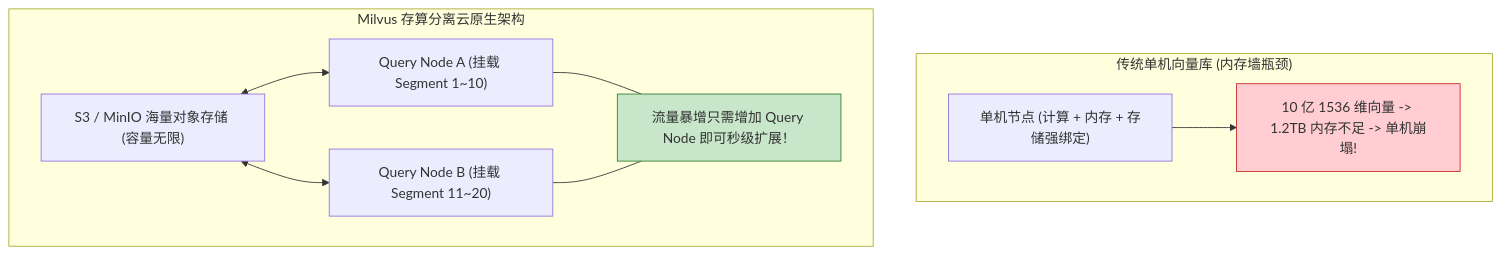
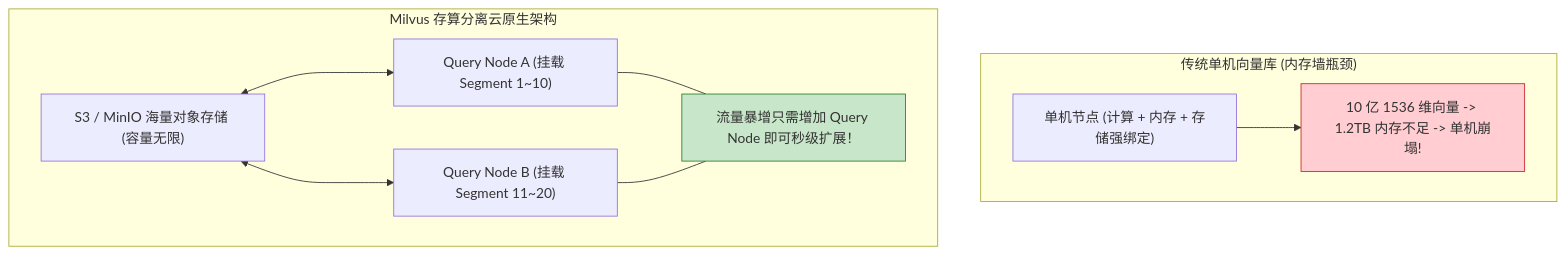
One commit to koosai/AI-Architect-Learning changed the fifth of 6 diagrams in docs/atlas/milvus.mdx. Above: the diagram before and after it, drawn with Mermaid. The commit also changed other lines of this file and 68 other files, not shown here.

Commit message:
fix(atlas): fix browser client-side Mermaid rendering for mindmaps and flowcharts across 67 case studies

````diff
--- a/docs/atlas/milvus.mdx
+++ b/docs/atlas/milvus.mdx
@@ -166,20 +166,20 @@
 ```mermaid
 graph TB
   subgraph MonolithicVectorDB["传统单机向量库 (内存墙瓶颈)"]
     SingleNode["单机节点 (计算 + 内存 + 存储强绑定)"]
     MemoryCrash["10 亿 1536 维向量 -> 1.2TB 内存不足 -> 单机崩塌!"]
     
     SingleNode --> MemoryCrash
     style MemoryCrash fill:#ffcdd2,stroke:#c62828
   end
 
   subgraph MilvusDisaggregated["Milvus 存算分离云原生架构"]
     S3Storage["S3 / MinIO 海量对象存储 (容量无限)"]
     QueryNodeA["Query Node A (挂载 Segment 1~10)"]
     QueryNodeB["Query Node B (挂载 Segment 11~20)"]
     InfiniteScale["流量暴增只需增加 Query Node 即可秒级扩展！"]
     
-    S3Storage <--> QueryNodeA & QueryNodeB --- InfiniteScale
+    S3Storage <---> QueryNodeA & QueryNodeB --- InfiniteScale
     style InfiniteScale fill:#c8e6c9,stroke:#2e7d32
   end
 ```
````
